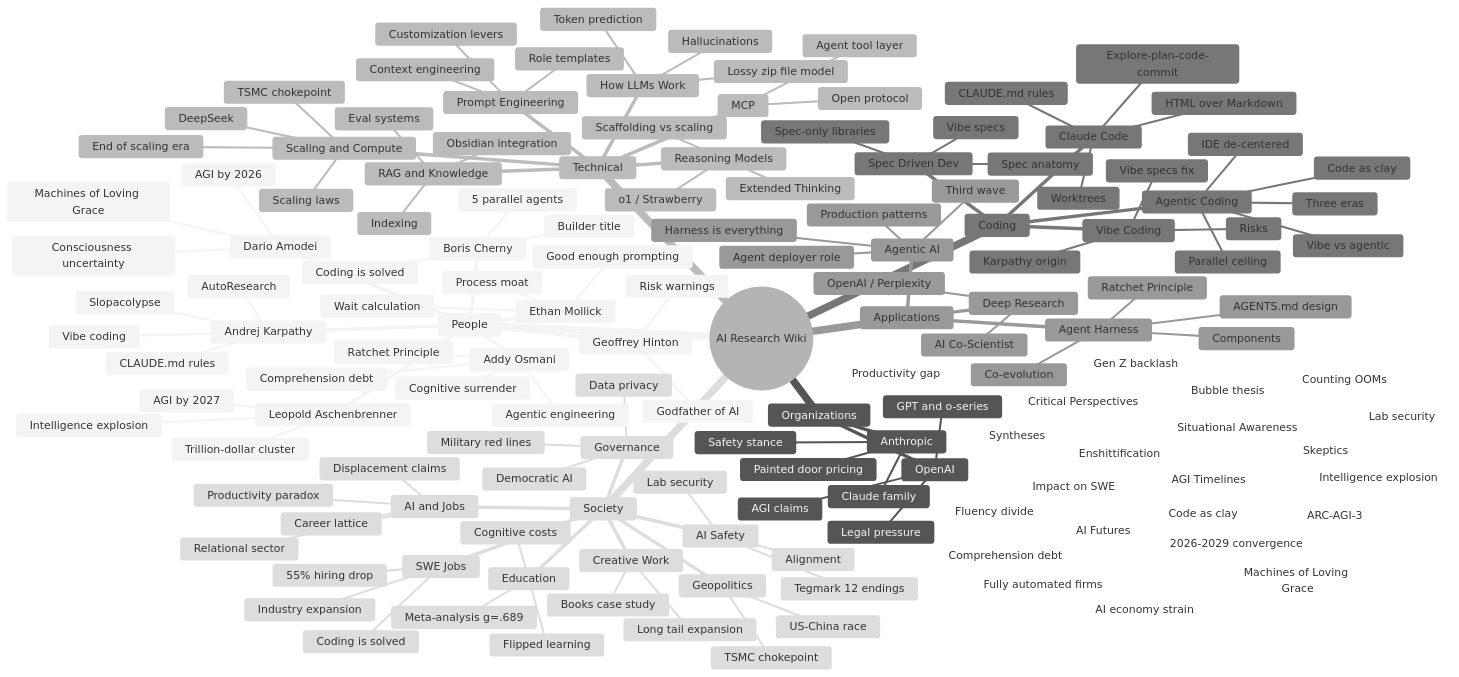
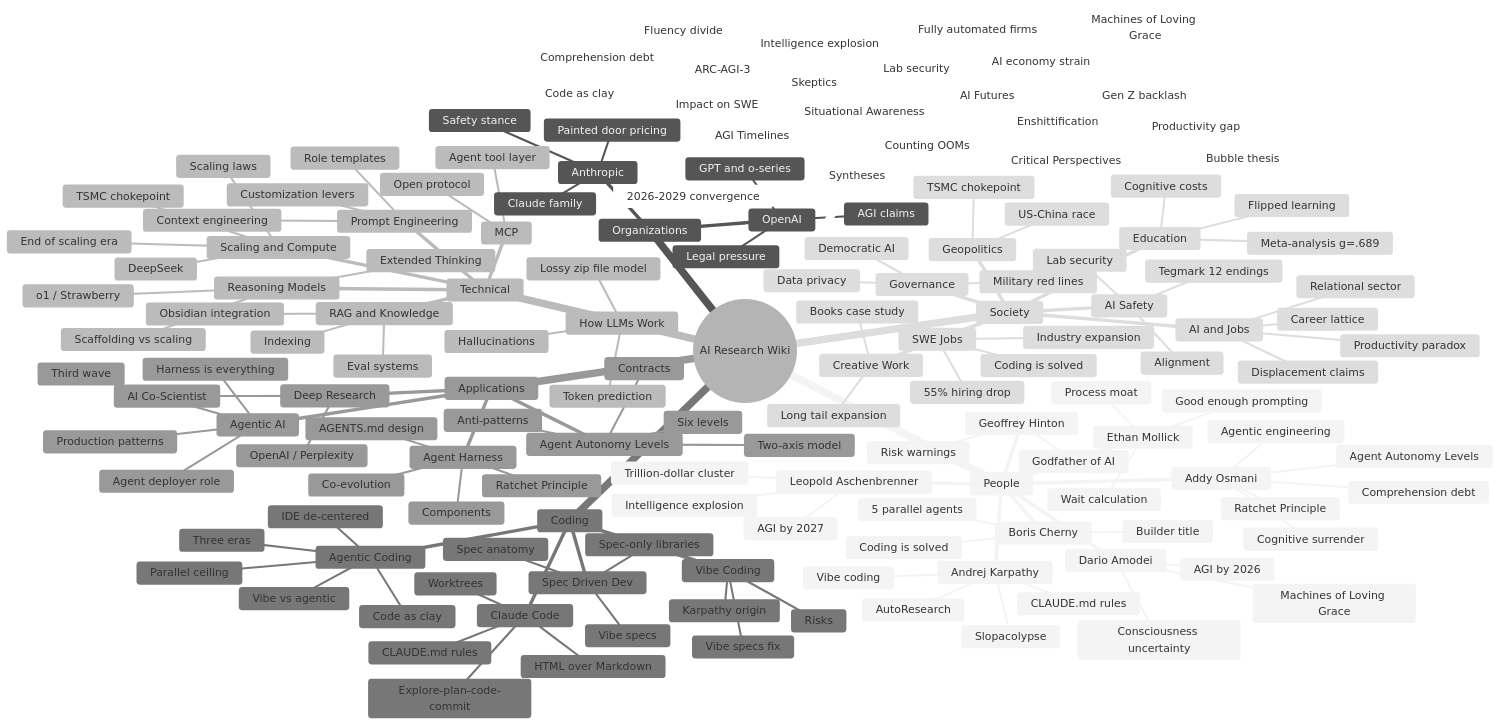
The diagram in wiki/mind-map.md (martinkuba/ai-notes), drawn with Mermaid (neutral theme) before and after one commit. The commit also changed other lines of this file and 9 other files, not shown here.

```diff
--- a/wiki/mind-map.md
+++ b/wiki/mind-map.md
@@ -13,6 +13,7 @@
         Cognitive surrender
         Agentic engineering
         Ratchet Principle
+        Agent Autonomy Levels
       Andrej Karpathy
         Vibe coding
         Slopacolypse
@@ -102,6 +103,11 @@
         AGENTS.md design
         Ratchet Principle
         Co-evolution
+      Agent Autonomy Levels
+        Two-axis model
+        Six levels
+        Contracts
+        Anti-patterns
       Deep Research
         OpenAI / Perplexity
         AI Co-Scientist
```
